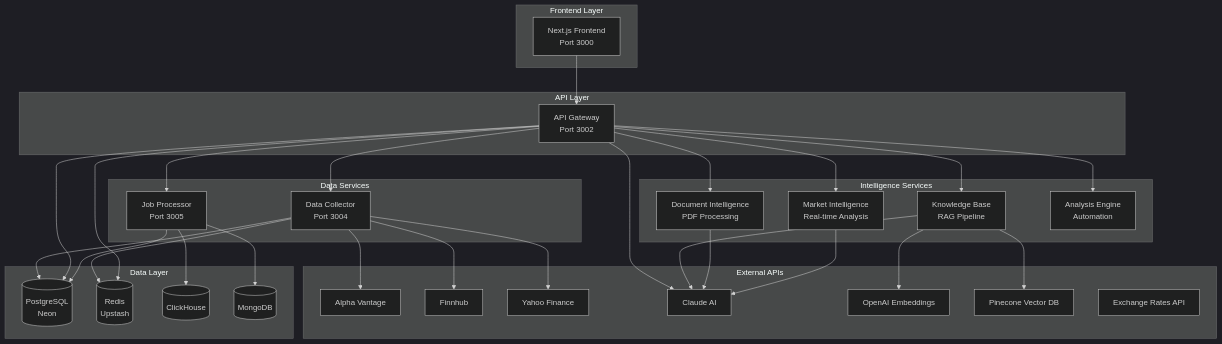
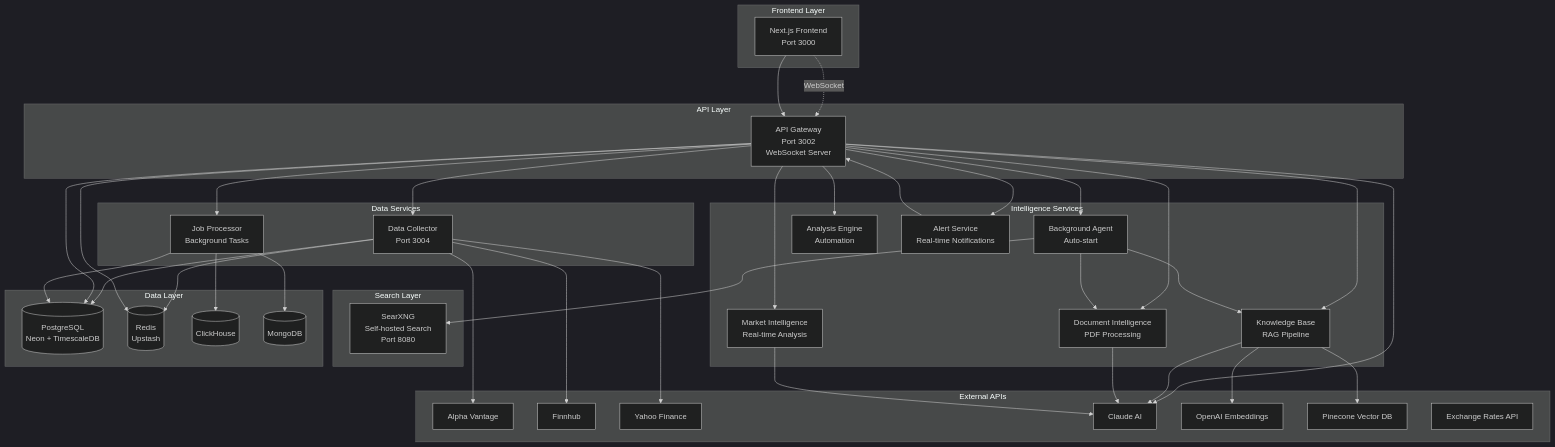
Before and after one commit to Rakesh1002/Yobi: the diagram in README.md, drawn with Mermaid (dark theme). The commit also changed other lines of this file and 102 other files, not shown here.

````diff
--- a/README.md
+++ b/README.md
@@ -397,63 +458,76 @@
 ```mermaid
 graph TB
     subgraph "Frontend Layer"
         FE[Next.js Frontend<br/>Port 3000]
     end
     
     subgraph "API Layer"
-        AG[API Gateway<br/>Port 3002]
+        AG[API Gateway<br/>Port 3002<br/>WebSocket Server]
     end
     
     subgraph "Intelligence Services"
+        BA[Background Agent<br/>Auto-start]
         KB[Knowledge Base<br/>RAG Pipeline]
         DI[Document Intelligence<br/>PDF Processing]
         MI[Market Intelligence<br/>Real-time Analysis]
         AE[Analysis Engine<br/>Automation]
+        AS[Alert Service<br/>Real-time Notifications]
     end
     
     subgraph "Data Services"
         DC[Data Collector<br/>Port 3004]
-        JP[Job Processor<br/>Port 3005]
+        JP[Job Processor<br/>Background Tasks]
+    end
+    
+    subgraph "Search Layer"
+        SX[SearXNG<br/>Self-hosted Search<br/>Port 8080]
     end
     
     subgraph "External APIs"
         AV[Alpha Vantage]
         FH[Finnhub]
         YF[Yahoo Finance]
         CL[Claude AI]
         OAI[OpenAI Embeddings]
         PC[Pinecone Vector DB]
         ER[Exchange Rates API]
     end
     
     subgraph "Data Layer"
-        PG[(PostgreSQL<br/>Neon)]
+        PG[(PostgreSQL<br/>Neon + TimescaleDB)]
         RD[(Redis<br/>Upstash)]
         CH[(ClickHouse)]
         MG[(MongoDB)]
     end
     
+    FE -.->|WebSocket| AG
     FE --> AG
     AG --> KB
     AG --> DI
     AG --> MI
     AG --> AE
+    AG --> AS
+    AG --> BA
     AG --> DC
     AG --> JP
     AG --> CL
+    BA --> SX
+    BA --> KB
+    BA --> DI
     KB --> OAI
     KB --> PC
     KB --> CL
     DI --> CL
     MI --> CL
+    AS --> AG
     DC --> AV
     DC --> FH
     DC --> YF
     DC --> PG
     DC --> RD
     AG --> PG
     AG --> RD
     JP --> PG
     JP --> CH
     JP --> MG
 ```
````
